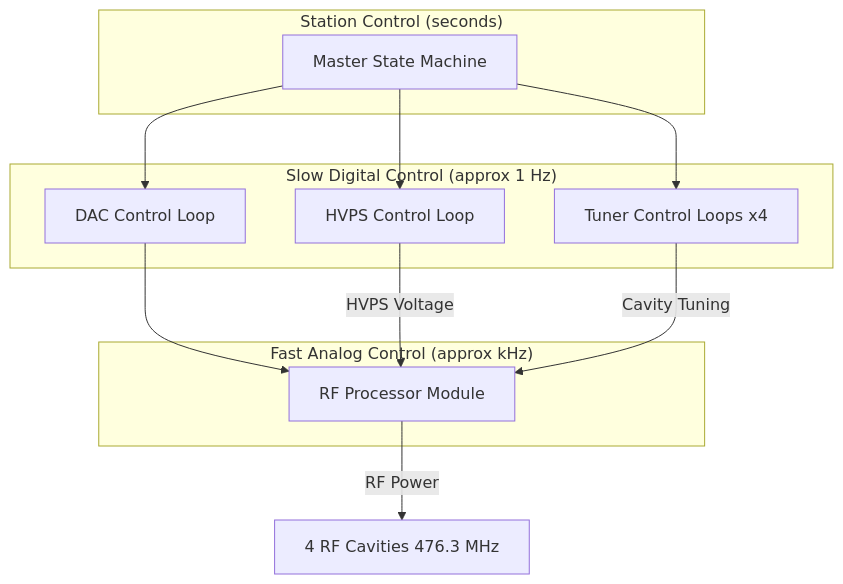
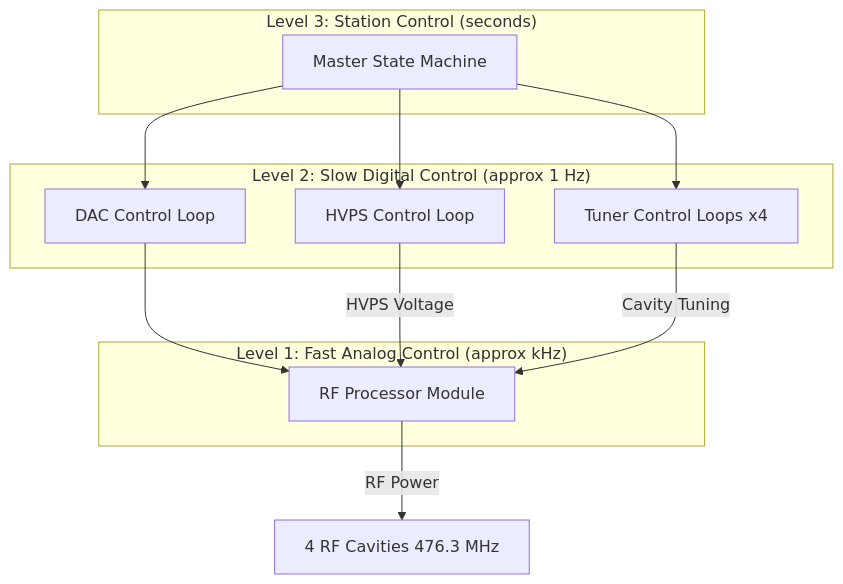
Before and after one commit to fayaw/spearlegacyLLRF: the third of 18 diagrams in SPEAR3_LLRF_COMPREHENSIVE_ANALYSIS.md, drawn with Mermaid. The commit also changed other lines of this file, not shown here.

````diff
--- a/SPEAR3_LLRF_COMPREHENSIVE_ANALYSIS.md
+++ b/SPEAR3_LLRF_COMPREHENSIVE_ANALYSIS.md
@@ -155,28 +155,28 @@
 ```mermaid
 graph TB
- subgraph "Fast Analog Control (approx kHz)"
- RFP_Fast[RF Processor Module]
+ subgraph "Level 3: Station Control (seconds)"
+ State_Machine[Master State Machine]
  end
  
- subgraph "Slow Digital Control (approx 1 Hz)"
+ subgraph "Level 2: Slow Digital Control (approx 1 Hz)"
  DAC_Loop[DAC Control Loop]
  
  HVPS_Loop[HVPS Control Loop]
  
  Tuner_Loop[Tuner Control Loops x4]
  end
  
- subgraph "Station Control (seconds)"
- State_Machine[Master State Machine]
+ subgraph "Level 1: Fast Analog Control (approx kHz)"
+ RFP_Fast[RF Processor Module]
  end
  
  State_Machine --> DAC_Loop
  State_Machine --> HVPS_Loop
  State_Machine --> Tuner_Loop
  
  DAC_Loop --> RFP_Fast
  HVPS_Loop --> |HVPS Voltage| RFP_Fast
  Tuner_Loop --> |Cavity Tuning| RFP_Fast
  
  RFP_Fast --> |RF Power| Cavities[4 RF Cavities 476.3 MHz]
 ```
````
